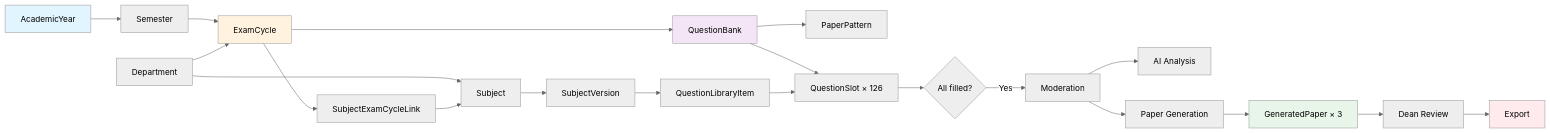
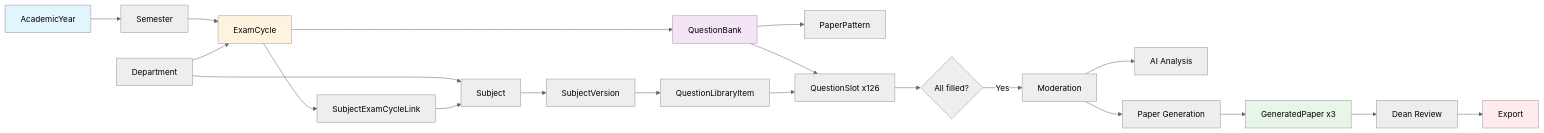
Diagram 13 of 13 in system-workflow-diagrams.md (Newer1107/EMQPGS), drawn with Mermaid (neutral theme) before and after one commit. The commit also changed other lines of this file, not shown here.

Commit message:
fix: improve readability of workflow diagrams by standardizing text formatting

````diff
--- a/system-workflow-diagrams.md
+++ b/system-workflow-diagrams.md
@@ -606,28 +606,28 @@
 ```mermaid
 flowchart LR
-    AY[AcademicYear] --> S[Semester]
-    S --> EC[ExamCycle]
-    D[Department] --> EC
-    D --> SUBJ[Subject]
-    SUBJ --> SV[SubjectVersion]
-    EC --> SEL[SubjectExamCycleLink]
+    AY["AcademicYear"] --> S["Semester"]
+    S --> EC["ExamCycle"]
+    D["Department"] --> EC
+    D --> SUBJ["Subject"]
+    SUBJ --> SV["SubjectVersion"]
+    EC --> SEL["SubjectExamCycleLink"]
     SEL --> SUBJ
-    EC --> QB[QuestionBank]
-    QB --> PP[PaperPattern]
-    QB --> QSLOT[QuestionSlot × 126]
-    SV --> QLI[QuestionLibraryItem]
+    EC --> QB["QuestionBank"]
+    QB --> PP["PaperPattern"]
+    QB --> QSLOT["QuestionSlot x126"]
+    SV --> QLI["QuestionLibraryItem"]
     QLI --> QSLOT
-    QSLOT --> QA{All filled?}
-    QA -->|Yes| MOD[Moderation]
-    MOD --> AI[AI Analysis]
-    MOD --> PG[Paper Generation]
-    PG --> GP[GeneratedPaper × 3]
-    GP --> DR[Dean Review]
-    DR --> EXP[Export]
+    QSLOT --> QA{"All filled?"}
+    QA -->|"Yes"| MOD["Moderation"]
+    MOD --> AI["AI Analysis"]
+    MOD --> PG["Paper Generation"]
+    PG --> GP["GeneratedPaper x3"]
+    GP --> DR["Dean Review"]
+    DR --> EXP["Export"]
 
     style AY fill:#e1f5fe
     style EC fill:#fff3e0
     style QB fill:#f3e5f5
     style GP fill:#e8f5e9
     style EXP fill:#ffebee
 ```
````
